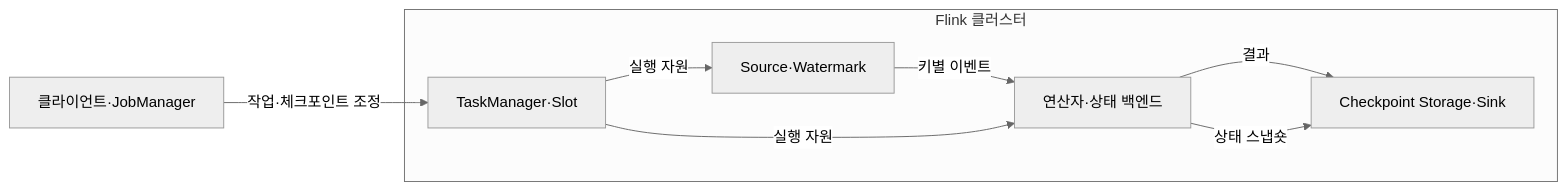
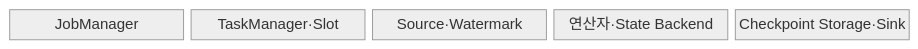
The first of 2 diagrams in src/content/docs/notes/03-software/120_apache_flink.md (agnusdei1207/knowledge-base), drawn with Mermaid (neutral theme) before and after one commit. The commit also changed other lines of this file and 20 other files, not shown here.

````diff
--- a/src/content/docs/notes/03-software/120_apache_flink.md
+++ b/src/content/docs/notes/03-software/120_apache_flink.md
@@ -63,16 +59,9 @@
 ```mermaid
-flowchart LR
-    C[클라이언트·JobManager]
-    subgraph F[Flink 클러스터]
-        T[TaskManager·Slot]
-        S[Source·Watermark]
-        O[연산자·상태 백엔드]
-        K[Checkpoint Storage·Sink]
-        S -->|키별 이벤트| O
-        O -->|결과| K
-        O -->|상태 스냅숏| K
-        T -->|실행 자원| S
-        T -->|실행 자원| O
-    end
-    C -->|작업·체크포인트 조정| T
+block
+  columns 5
+  J["JobManager"]
+  T["TaskManager·Slot"]
+  S["Source·Watermark"]
+  O["연산자·State Backend"]
+  C["Checkpoint Storage·Sink"]
 ```
````
